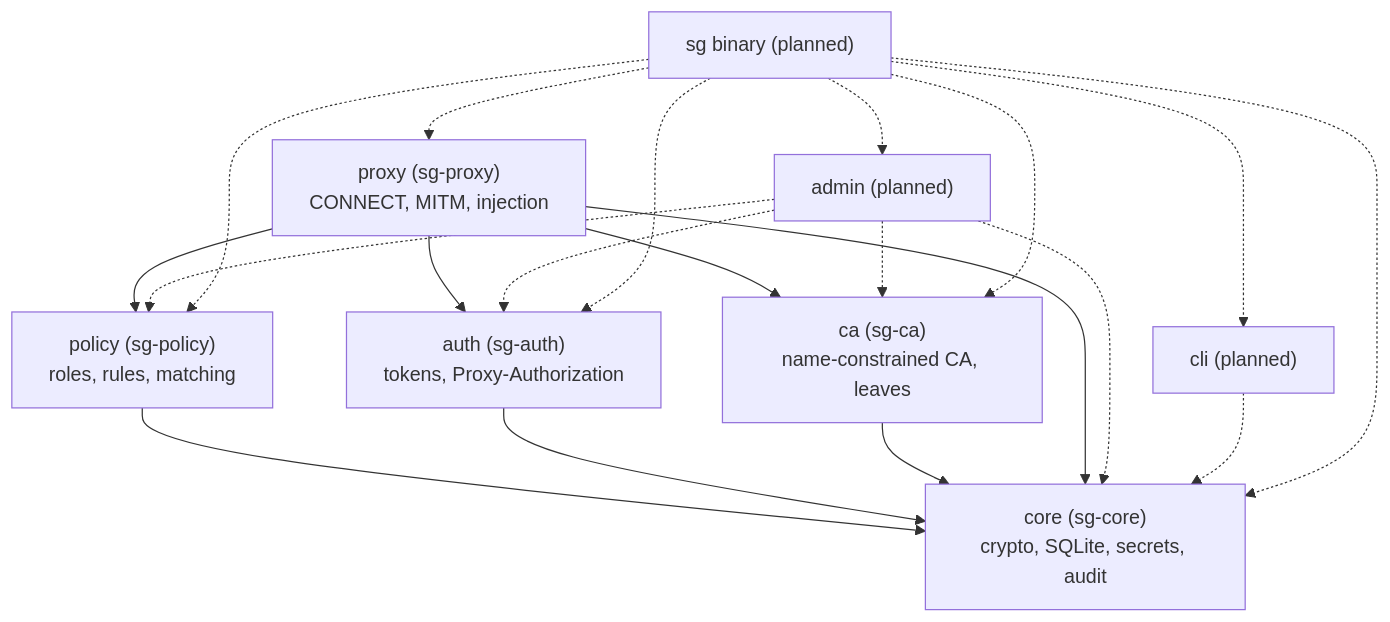
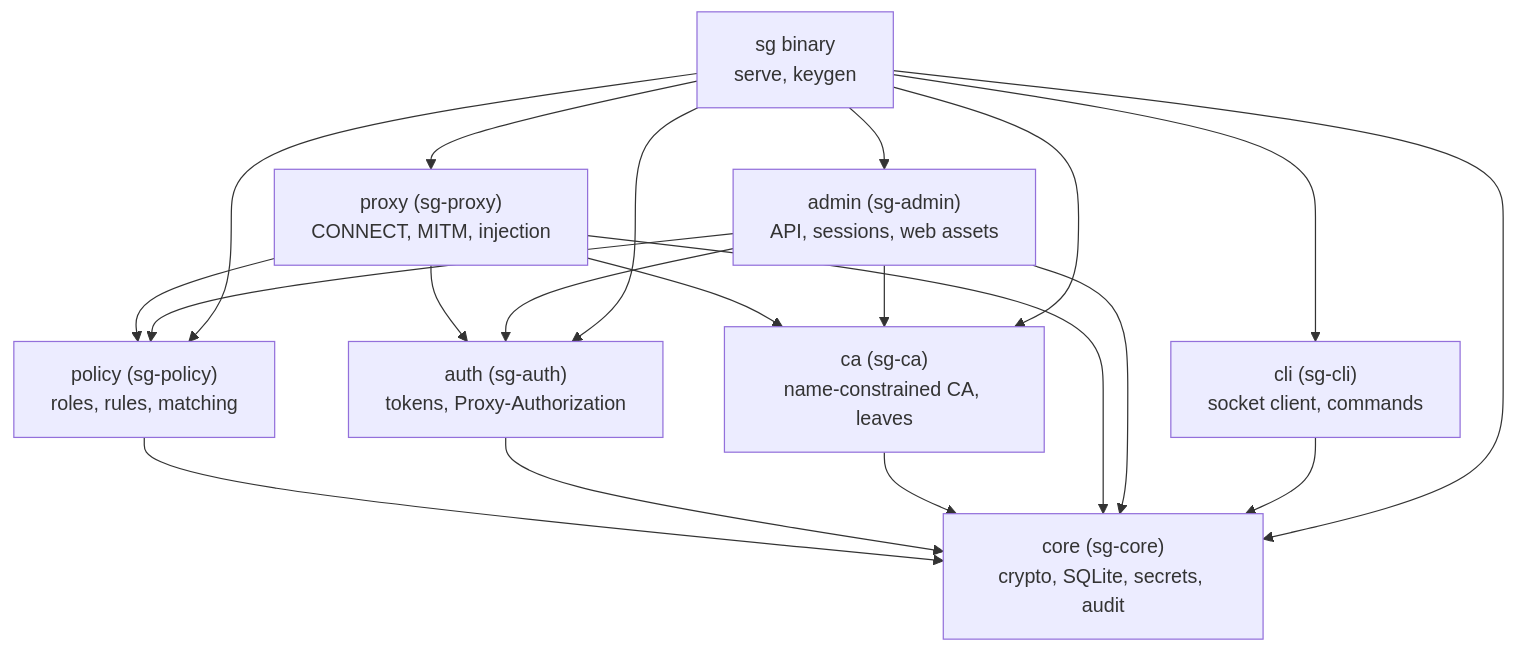
Before and after one commit to javanton/secret-custodian: the first of 3 diagrams in docs/architecture.md, drawn with Mermaid. The commit also changed other lines of this file and 5 other files, not shown here.

Commit message:
docs: refresh architecture and reference pages for the complete product

````diff
--- a/docs/architecture.md
+++ b/docs/architecture.md
@@ -67,31 +71,31 @@
 ```mermaid
 graph TD
     core["core (sg-core)<br/>crypto, SQLite, secrets, audit"]
     policy["policy (sg-policy)<br/>roles, rules, matching"]
     auth["auth (sg-auth)<br/>tokens, Proxy-Authorization"]
     ca["ca (sg-ca)<br/>name-constrained CA, leaves"]
     proxy["proxy (sg-proxy)<br/>CONNECT, MITM, injection"]
-    admin["admin (planned)"]
-    cli["cli (planned)"]
-    sg["sg binary (planned)"]
+    admin["admin (sg-admin)<br/>API, sessions, web assets"]
+    cli["cli (sg-cli)<br/>socket client, commands"]
+    sg["sg binary<br/>serve, keygen"]
 
     policy --> core
     auth --> core
     ca --> core
     proxy --> core
     proxy --> policy
     proxy --> auth
     proxy --> ca
-    admin -.-> core
-    admin -.-> policy
-    admin -.-> auth
-    admin -.-> ca
-    cli -.-> core
-    sg -.-> proxy
-    sg -.-> admin
-    sg -.-> cli
-    sg -.-> core
-    sg -.-> policy
-    sg -.-> auth
-    sg -.-> ca
+    admin --> core
+    admin --> policy
+    admin --> auth
+    admin --> ca
+    cli --> core
+    sg --> proxy
+    sg --> admin
+    sg --> cli
+    sg --> core
+    sg --> policy
+    sg --> auth
+    sg --> ca
 ```
````
